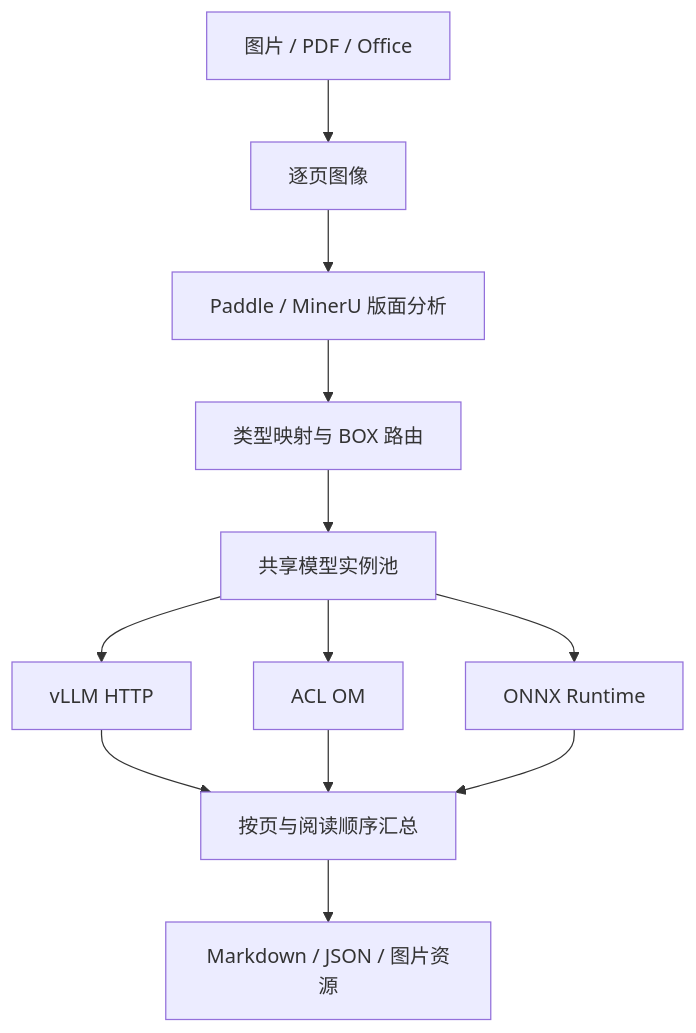
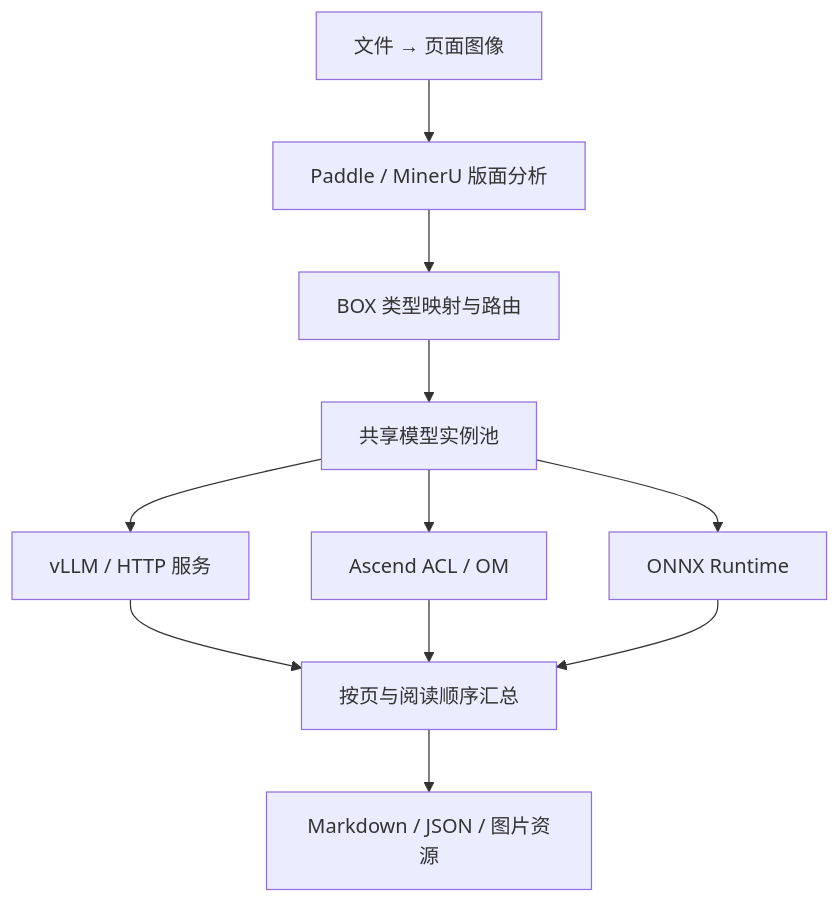
Before and after one commit to Tan90degrees/OmniOCR: the diagram in README.md, drawn with Mermaid. The commit also changed other lines of this file and 10 other files, not shown here.

````diff
--- a/README.md
+++ b/README.md
@@ -9,14 +19,13 @@
 ```mermaid
 flowchart TD
-  A[图片 / PDF / Office] --> B[逐页图像]
-  B --> C[Paddle / MinerU 版面分析]
-  C --> D[类型映射与 BOX 路由]
-  D --> E[共享模型实例池]
-  E --> F[vLLM HTTP]
-  E --> G[ACL OM]
-  E --> H[ONNX Runtime]
-  F --> I[按页与阅读顺序汇总]
-  G --> I
-  H --> I
-  I --> J[Markdown / JSON / 图片资源]
+  A["文件 → 页面图像"] --> B["Paddle / MinerU 版面分析"]
+  B --> C["BOX 类型映射与路由"]
+  C --> D["共享模型实例池"]
+  D --> E["vLLM / HTTP 服务"]
+  D --> F["Ascend ACL / OM"]
+  D --> G["ONNX Runtime"]
+  E --> H["按页与阅读顺序汇总"]
+  F --> H
+  G --> H
+  H --> I["Markdown / JSON / 图片资源"]
 ```
````
